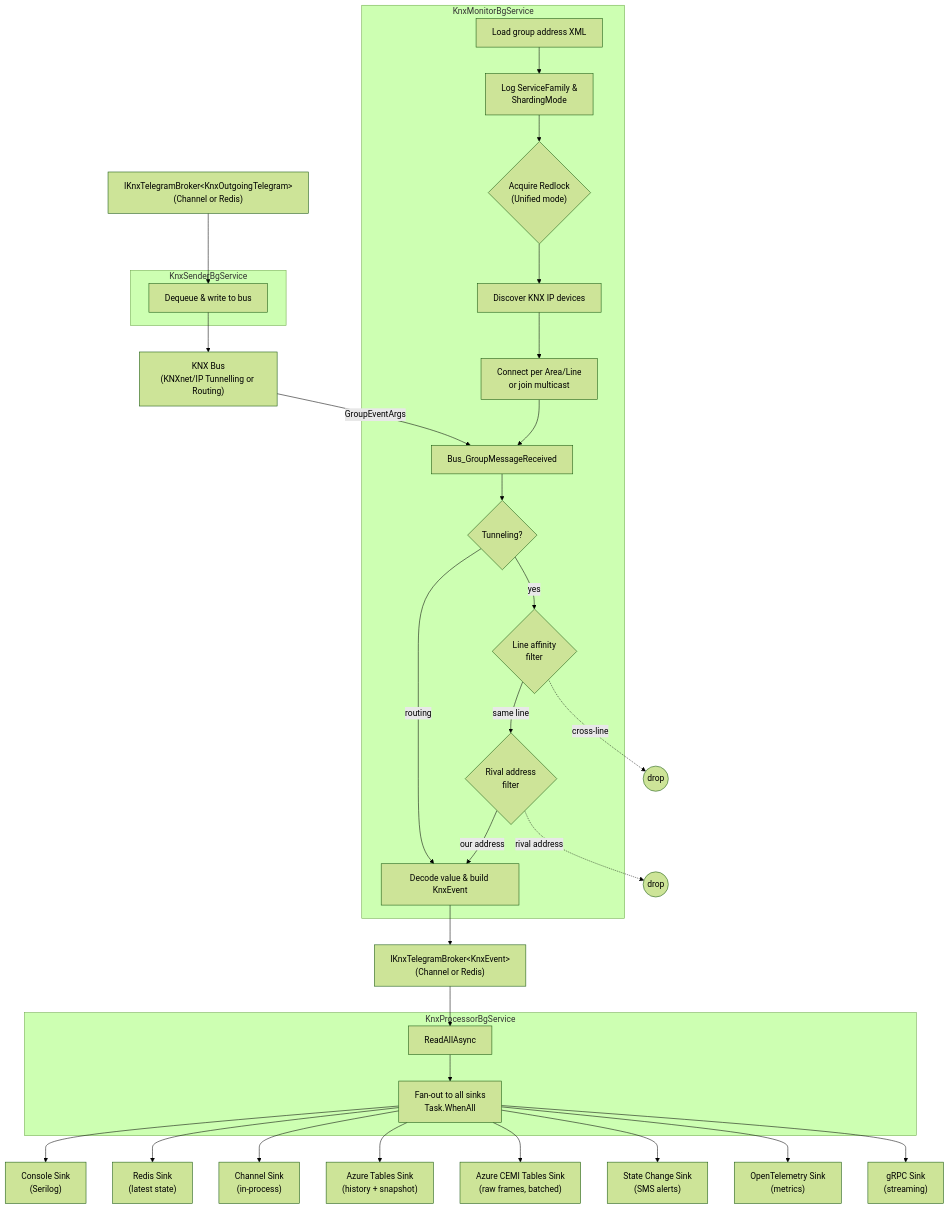
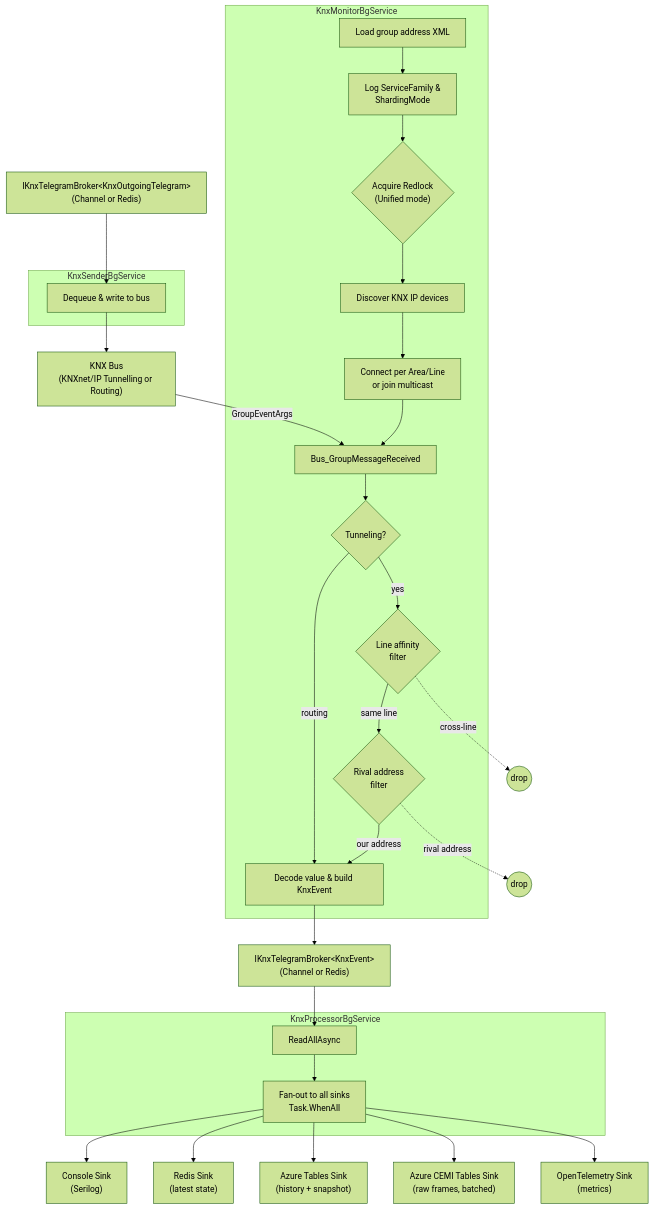
One commit to f2calv/SmartHaus changed the diagram in src/CasCap.Api.Knx/README.md. Above: the diagram before and after it, drawn with Mermaid (forest theme). The commit also changed other lines of this file and 34 other files, not shown here.

````diff
--- a/src/CasCap.Api.Knx/README.md
+++ b/src/CasCap.Api.Knx/README.md
@@ -203,60 +229,54 @@
 ```mermaid
 flowchart TD
     BUS["KNX Bus\n(KNXnet/IP Tunnelling or Routing)"]
 
     subgraph Monitor["KnxMonitorBgService"]
         LOOKUP["Load group address XML"]
         LOG_CONFIG["Log ServiceFamily &\nShardingMode"]
         REDLOCK{"Acquire Redlock\n(Unified mode)"}
         DISCOVER["Discover KNX IP devices"]
         CONNECT["Connect per Area/Line\nor join multicast"]
         RECEIVE["Bus_GroupMessageReceived"]
         SVC_CHECK{"Tunneling?"}
         FILTER_LINE{"Line affinity\nfilter"}
         FILTER_RIVAL{"Rival address\nfilter"}
         DECODE["Decode value & build KnxEvent"]
     end
 
     CHANNEL_IN["IKnxTelegramBroker&lt;KnxEvent&gt;\n(Channel or Redis)"]
 
     subgraph Processor["KnxProcessorBgService"]
         READ["ReadAllAsync"]
         DISPATCH["Fan-out to all sinks\nTask.WhenAll"]
     end
 
     SINK_CONSOLE["Console Sink\n(Serilog)"]
     SINK_REDIS["Redis Sink\n(latest state)"]
-    SINK_CHANNEL["Channel Sink\n(in-process)"]
     SINK_AZTABLES["Azure Tables Sink\n(history + snapshot)"]
     SINK_CEMI["Azure CEMI Tables Sink\n(raw frames, batched)"]
-    SINK_STATECHANGE["State Change Sink\n(SMS alerts)"]
     SINK_OTEL["OpenTelemetry Sink\n(metrics)"]
-    SINK_GRPC["gRPC Sink\n(streaming)"]
 
     CHANNEL_OUT["IKnxTelegramBroker&lt;KnxOutgoingTelegram&gt;\n(Channel or Redis)"]
 
     subgraph Sender["KnxSenderBgService"]
         SEND["Dequeue & write to bus"]
     end
 
     LOOKUP --> LOG_CONFIG --> REDLOCK --> DISCOVER --> CONNECT
     BUS -->|GroupEventArgs| RECEIVE
     CONNECT --> RECEIVE --> SVC_CHECK
     SVC_CHECK -->|yes| FILTER_LINE
     SVC_CHECK -->|routing| DECODE
     FILTER_LINE -->|same line| FILTER_RIVAL
     FILTER_LINE -.->|cross-line| DROP1(("drop"))
     FILTER_RIVAL -->|our address| DECODE
     FILTER_RIVAL -.->|rival address| DROP2(("drop"))
     DECODE --> CHANNEL_IN
     CHANNEL_IN --> READ --> DISPATCH
     DISPATCH --> SINK_CONSOLE
     DISPATCH --> SINK_REDIS
-    DISPATCH --> SINK_CHANNEL
     DISPATCH --> SINK_AZTABLES
     DISPATCH --> SINK_CEMI
-    DISPATCH --> SINK_STATECHANGE
     DISPATCH --> SINK_OTEL
-    DISPATCH --> SINK_GRPC
     CHANNEL_OUT --> SEND --> BUS
 ```
````
